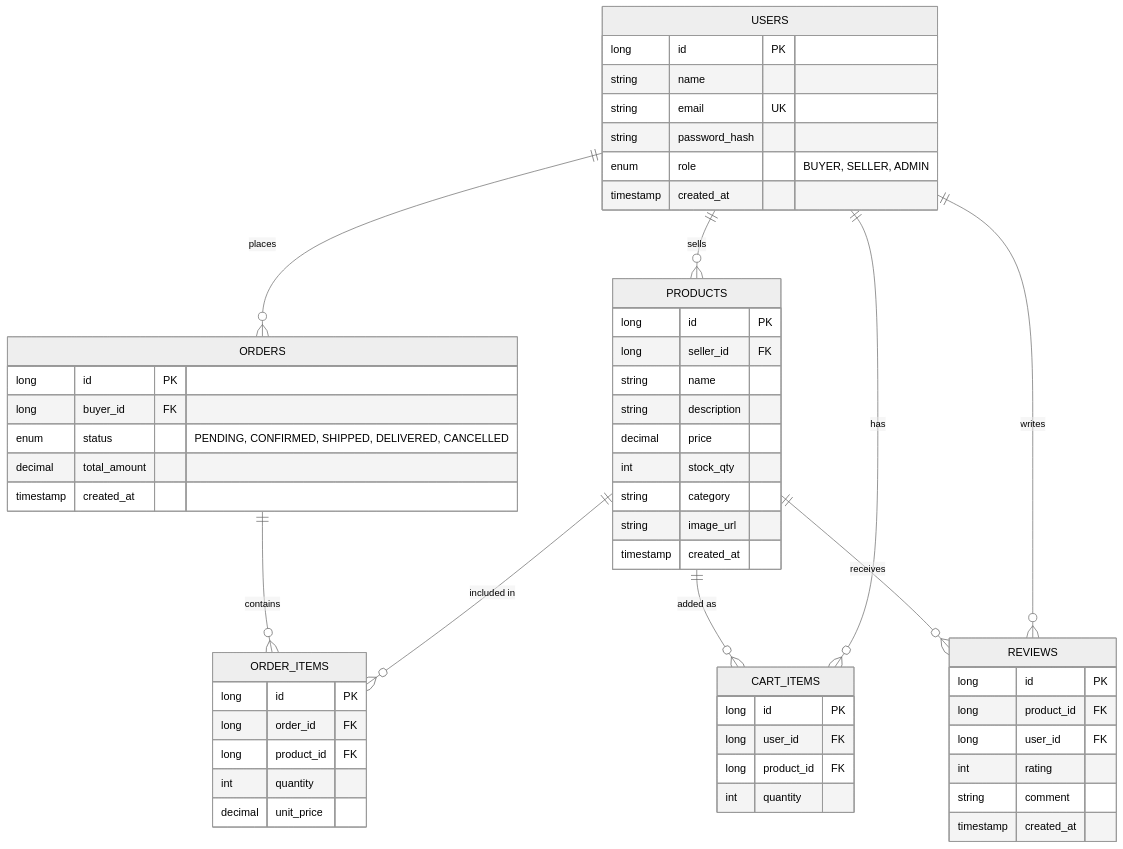
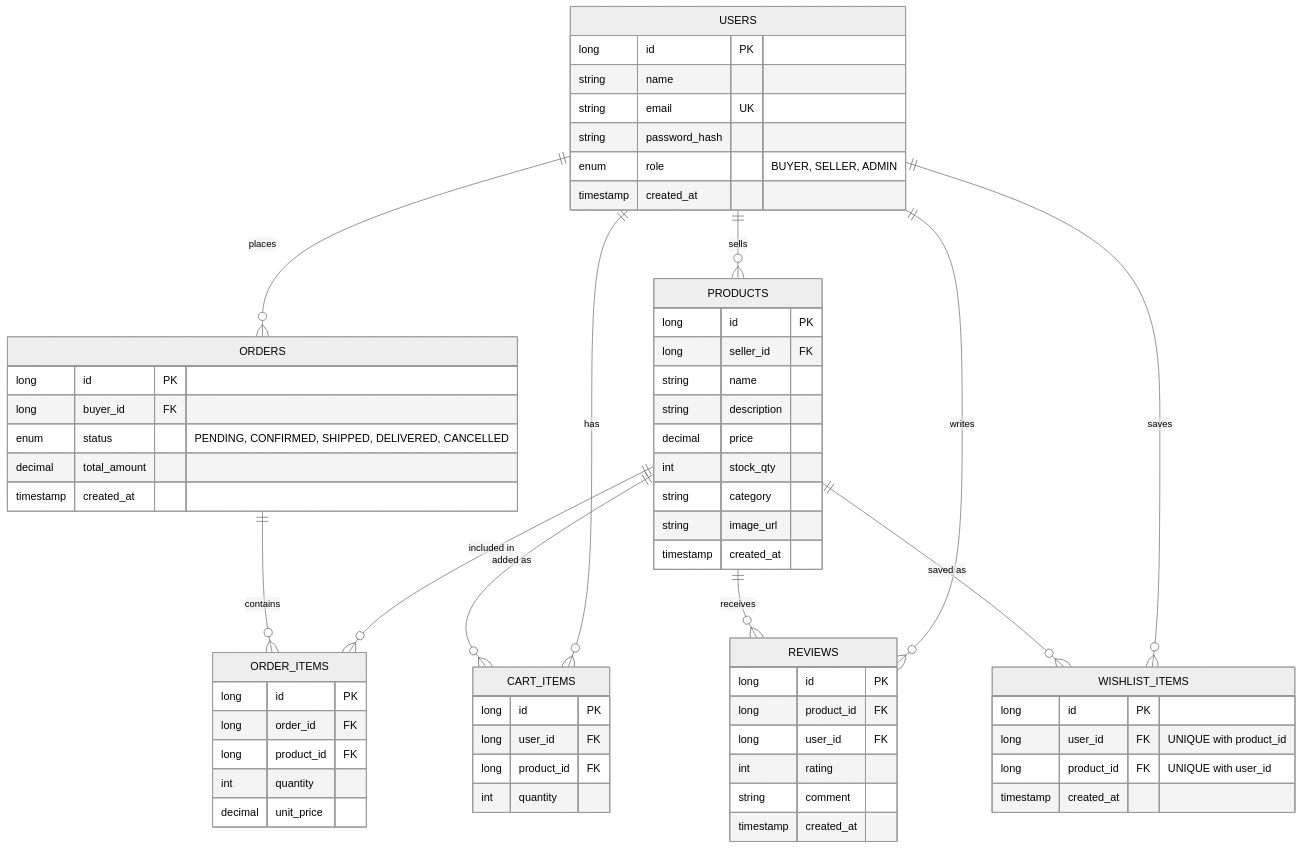
The diagram in docs/D1-ER-diagram.mermaid (MahashriTA-sudo/Mahashri-mart), drawn with Mermaid (neutral theme) before and after one commit. The commit also changed 4 other files, not shown here.

Commit message:
docs: update ER and use case diagrams for v1.4.0 and add diagram images

```diff
--- a/docs/D1-ER-diagram.mermaid
+++ b/docs/D1-ER-diagram.mermaid
@@ -1,62 +1,71 @@
 erDiagram
     USERS ||--o{ PRODUCTS : "sells"
     USERS ||--o{ ORDERS : "places"
     USERS ||--o{ CART_ITEMS : "has"
     USERS ||--o{ REVIEWS : "writes"
+    USERS ||--o{ WISHLIST_ITEMS : "saves"
     PRODUCTS ||--o{ ORDER_ITEMS : "included in"
     PRODUCTS ||--o{ CART_ITEMS : "added as"
     PRODUCTS ||--o{ REVIEWS : "receives"
+    PRODUCTS ||--o{ WISHLIST_ITEMS : "saved as"
     ORDERS ||--o{ ORDER_ITEMS : "contains"
 
     USERS {
         long id PK
         string name
         string email UK
         string password_hash
         enum role "BUYER, SELLER, ADMIN"
         timestamp created_at
     }
 
     PRODUCTS {
         long id PK
         long seller_id FK
         string name
         string description
         decimal price
         int stock_qty
         string category
         string image_url
         timestamp created_at
     }
 
     ORDERS {
         long id PK
         long buyer_id FK
         enum status "PENDING, CONFIRMED, SHIPPED, DELIVERED, CANCELLED"
         decimal total_amount
         timestamp created_at
     }
 
     ORDER_ITEMS {
         long id PK
         long order_id FK
         long product_id FK
         int quantity
         decimal unit_price
     }
 
     CART_ITEMS {
         long id PK
         long user_id FK
         long product_id FK
         int quantity
     }
 
     REVIEWS {
         long id PK
         long product_id FK
         long user_id FK
         int rating
         string comment
         timestamp created_at
     }
+
+    WISHLIST_ITEMS {
+        long id PK
+        long user_id FK "UNIQUE with product_id"
+        long product_id FK "UNIQUE with user_id"
+        timestamp created_at
+    }
```
